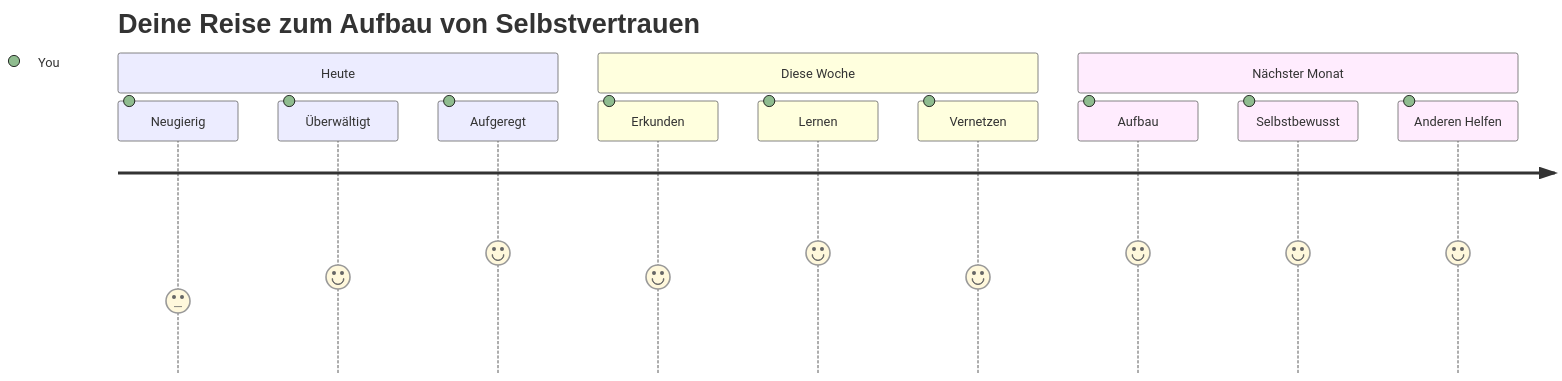
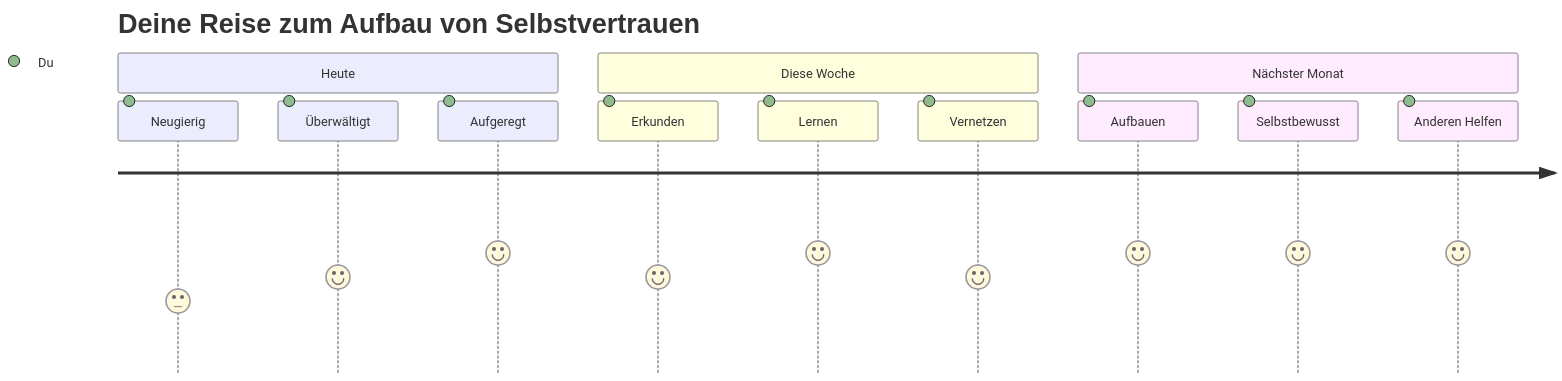
The seventh of 7 diagrams in translations/de/1-getting-started-lessons/1-intro-to-programming-languages/README.md (microsoft/Web-Dev-For-Beginners), drawn with Mermaid before and after one commit. The commit also changed other lines of this file and 8 other files, not shown here.

````diff
--- a/translations/de/1-getting-started-lessons/1-intro-to-programming-languages/README.md
+++ b/translations/de/1-getting-started-lessons/1-intro-to-programming-languages/README.md
@@ -831,16 +830,16 @@
 ```mermaid
 journey
     title Deine Reise zum Aufbau von Selbstvertrauen
     section Heute
-      Neugierig: 3: You
-      Überwältigt: 4: You
-      Aufgeregt: 5: You
+      Neugierig: 3: Du
+      Überwältigt: 4: Du
+      Aufgeregt: 5: Du
     section Diese Woche
-      Erkunden: 4: You
-      Lernen: 5: You
-      Vernetzen: 4: You
+      Erkunden: 4: Du
+      Lernen: 5: Du
+      Vernetzen: 4: Du
     section Nächster Monat
-      Aufbau: 5: You
-      Selbstbewusst: 5: You
-      Anderen Helfen: 5: You
+      Aufbauen: 5: Du
+      Selbstbewusst: 5: Du
+      Anderen Helfen: 5: Du
 ```
````
